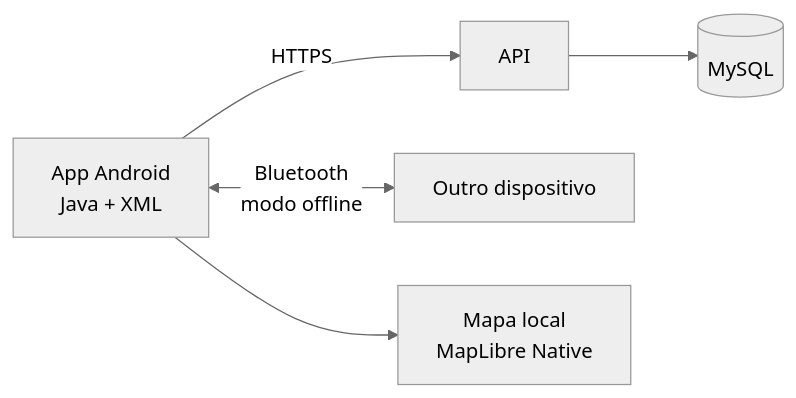
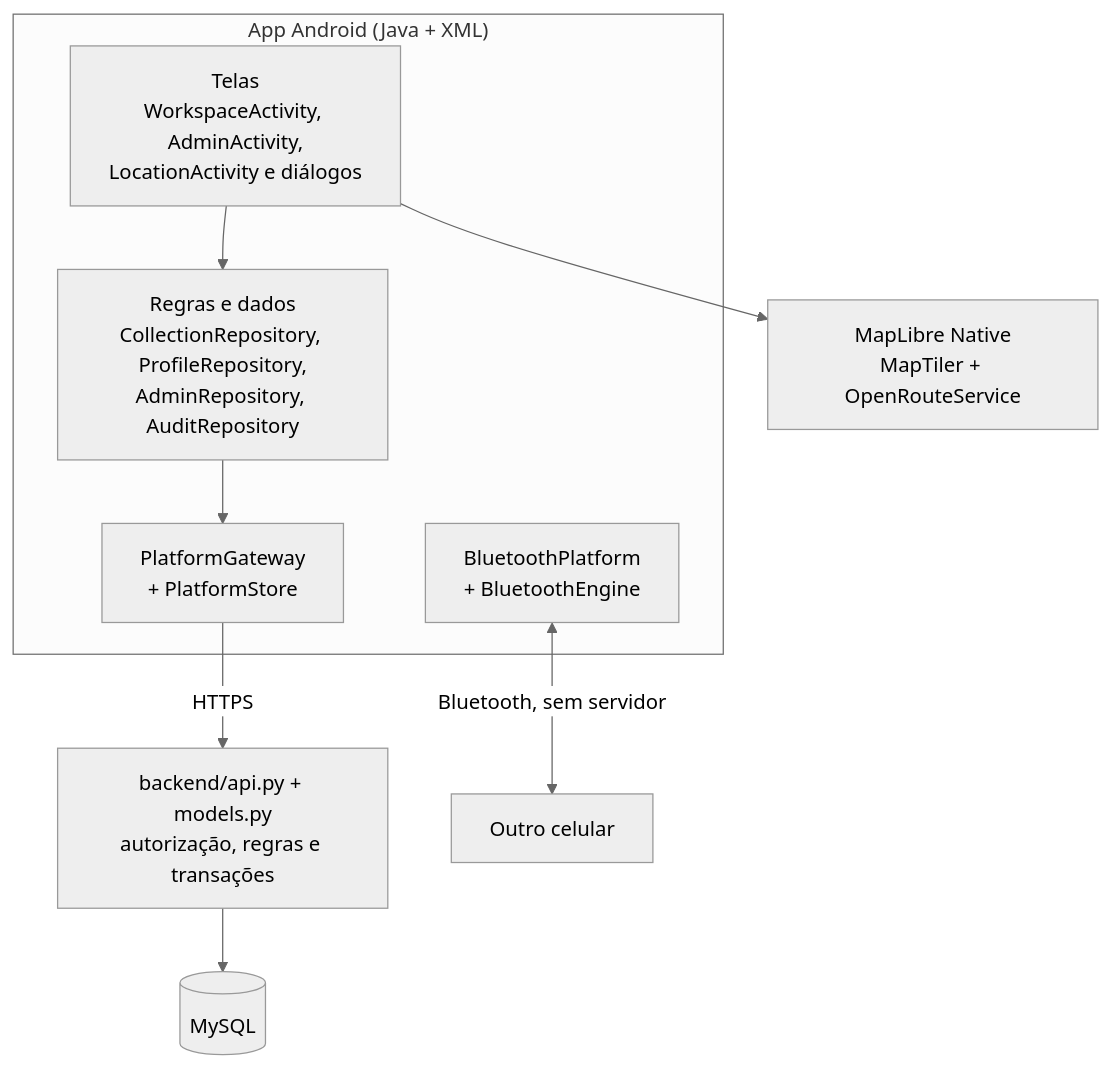
One commit to kauanssv/Coletai changed the second of 3 diagrams in README.md. Above: the diagram before and after it, drawn with Mermaid (neutral theme). The commit also changed other lines of this file, not shown here.

````diff
--- a/README.md
+++ b/README.md
@@ -81,7 +86,15 @@
 ```mermaid
-flowchart LR
-    A["App Android<br/>Java + XML"] -- "HTTPS" --> B["API"]
-    B --> C[("MySQL")]
-    A <-- "Bluetooth<br/>modo offline" --> D["Outro dispositivo"]
-    A --> E["Mapa local<br/>MapLibre Native"]
+flowchart TB
+    subgraph APP["App Android (Java + XML)"]
+        UI["Telas<br/>WorkspaceActivity, AdminActivity,<br/>LocationActivity e diálogos"]
+        REP["Regras e dados<br/>CollectionRepository, ProfileRepository,<br/>AdminRepository, AuditRepository"]
+        GW["PlatformGateway<br/>+ PlatformStore"]
+        BT["BluetoothPlatform<br/>+ BluetoothEngine"]
+        UI --> REP
+        REP --> GW
+    end
+    UI --> MAP["MapLibre Native<br/>MapTiler + OpenRouteService"]
+    GW -- "HTTPS" --> API["backend/api.py + models.py<br/>autorização, regras e transações"]
+    API --> DB[("MySQL")]
+    BT <-- "Bluetooth, sem servidor" --> PHONE["Outro celular"]
 ```
````
